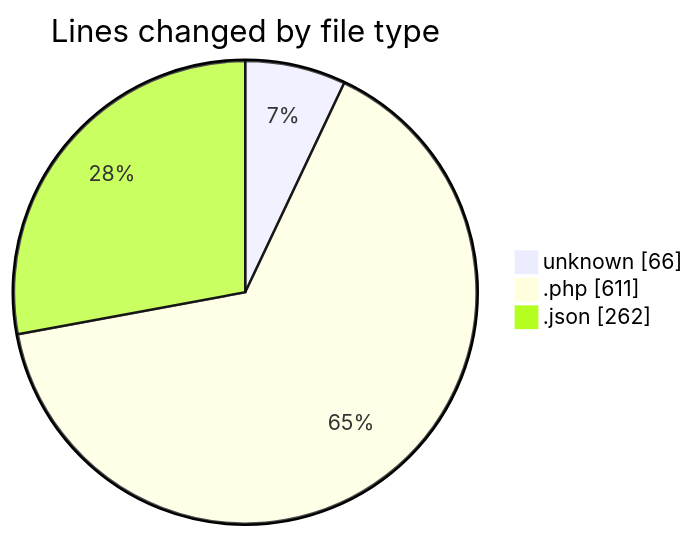
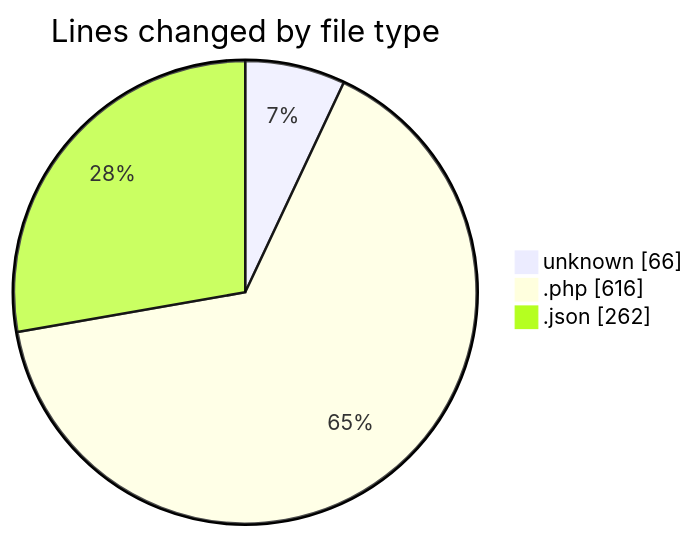
Before and after one commit to idhammustaqopulfikri/code-tracking: the first of 2 diagrams in 2025-11-08/futsal/README.md, drawn with Mermaid. The commit also changed other lines of this file and 1 other file, not shown here.

````diff
--- a/2025-11-08/futsal/README.md
+++ b/2025-11-08/futsal/README.md
@@ -31,7 +31,7 @@
 ```mermaid
 pie showData
 title Lines changed by file type
 "unknown" : 66
-".php" : 611
+".php" : 616
 ".json" : 262
 ```
````
